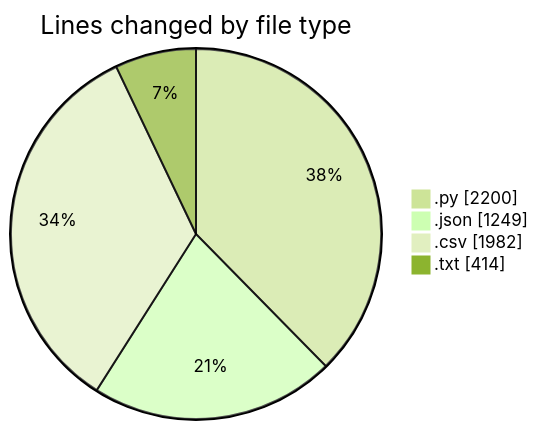
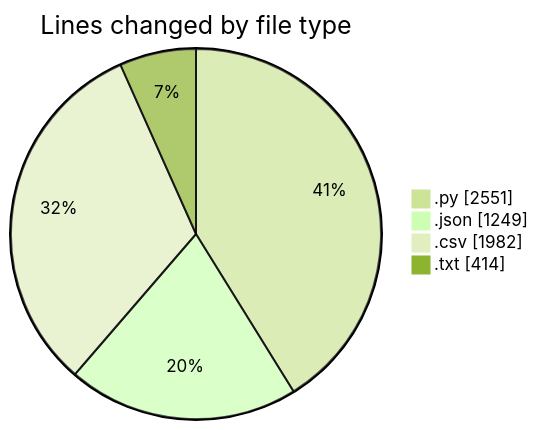
The first of 2 diagrams in 2025-07-28/refunds/README.md (EIIisD/code-tracking), drawn with Mermaid (forest theme) before and after one commit. The commit also changed other lines of this file and 1 other file, not shown here.

````diff
--- a/2025-07-28/refunds/README.md
+++ b/2025-07-28/refunds/README.md
@@ -25,8 +25,8 @@
 ```mermaid
 pie showData
 title Lines changed by file type
-".py" : 2200
+".py" : 2551
 ".json" : 1249
 ".csv" : 1982
 ".txt" : 414
 ```
````
